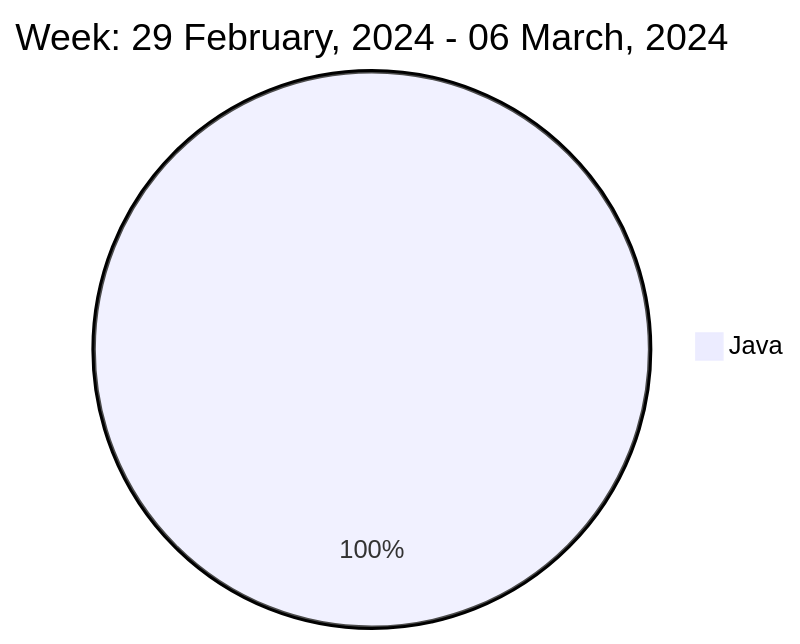
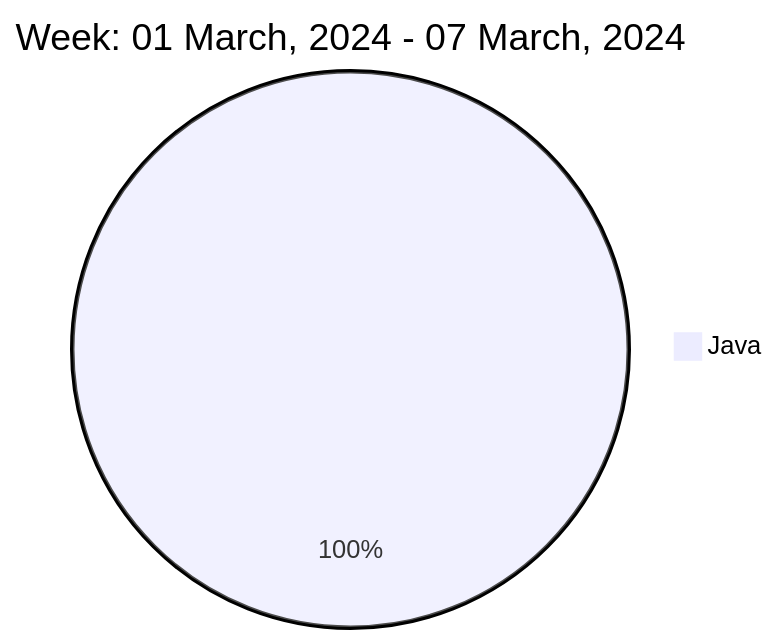
Before and after one commit to liubin95/liubin95: the diagram in README.md, drawn with Mermaid.

Commit message:
Updated the Graph with new Metrics

````diff
--- a/README.md
+++ b/README.md
@@ -37,5 +37,5 @@
 ```mermaid
  pie
-title Week: 29 February, 2024 - 06 March, 2024
- "Java" : 6.83
+title Week: 01 March, 2024 - 07 March, 2024
+ "Java" : 6.82
 ```
````
